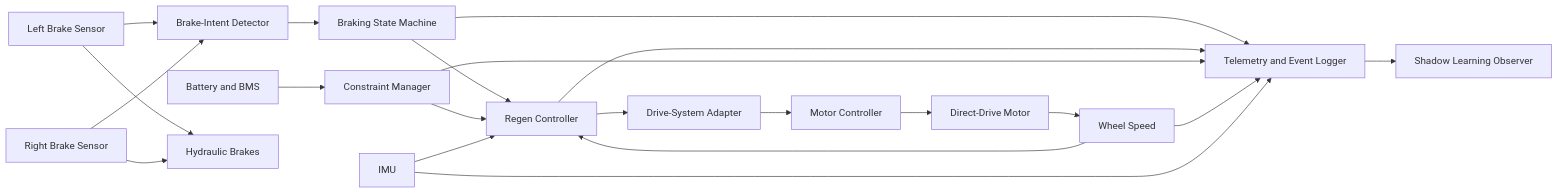
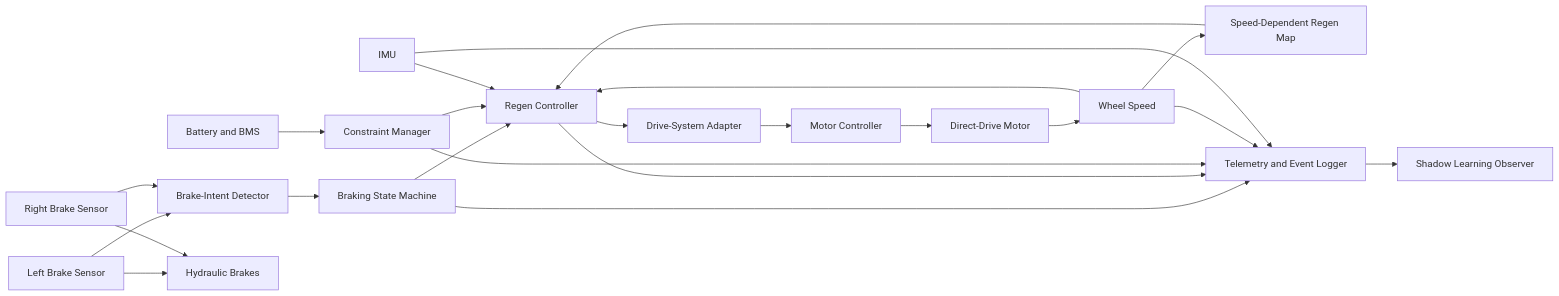
The first of 2 diagrams in docs/regenerative_braking.md (tspreck/ferrous-drive), drawn with Mermaid before and after one commit. The commit also changed other lines of this file, not shown here.

````diff
--- a/docs/regenerative_braking.md
+++ b/docs/regenerative_braking.md
@@ -292,41 +257,44 @@
 ```mermaid
 flowchart LR
-    LeftLever["Left Brake Sensor"]
-    RightLever["Right Brake Sensor"]
-    Detector["Brake-Intent Detector"]
-    StateMachine["Braking State Machine"]
-    RegenController["Regen Controller"]
-    Constraints["Constraint Manager"]
-    DriveAdapter["Drive-System Adapter"]
-    MotorController["Motor Controller"]
-    Motor["Direct-Drive Motor"]
-    WheelSpeed["Wheel Speed"]
-    IMU["IMU"]
-    Battery["Battery and BMS"]
-    Mechanical["Hydraulic Brakes"]
-    Logger["Telemetry and Event Logger"]
-    Observer["Shadow Learning Observer"]
+    LeftLever[Left Brake Sensor]
+    RightLever[Right Brake Sensor]
+    Detector[Brake-Intent Detector]
+    StateMachine[Braking State Machine]
+    SpeedMap[Speed-Dependent Regen Map]
+    RegenController[Regen Controller]
+    Constraints[Constraint Manager]
+    DriveAdapter[Drive-System Adapter]
+    Controller[Motor Controller]
+    Motor[Direct-Drive Motor]
+    WheelSpeed[Wheel Speed]
+    IMU[IMU]
+    Battery[Battery and BMS]
+    Mechanical[Hydraulic Brakes]
+    Logger[Telemetry and Event Logger]
+    Observer[Shadow Learning Observer]
 
     LeftLever --> Detector
     RightLever --> Detector
     Detector --> StateMachine
+    WheelSpeed --> SpeedMap
     StateMachine --> RegenController
+    SpeedMap --> RegenController
     Constraints --> RegenController
     Battery --> Constraints
     RegenController --> DriveAdapter
-    DriveAdapter --> MotorController
-    MotorController --> Motor
+    DriveAdapter --> Controller
+    Controller --> Motor
     Motor --> WheelSpeed
     WheelSpeed --> RegenController
     IMU --> RegenController
 
     LeftLever --> Mechanical
     RightLever --> Mechanical
 
     StateMachine --> Logger
     RegenController --> Logger
     Constraints --> Logger
     WheelSpeed --> Logger
     IMU --> Logger
     Logger --> Observer
 ```
````
